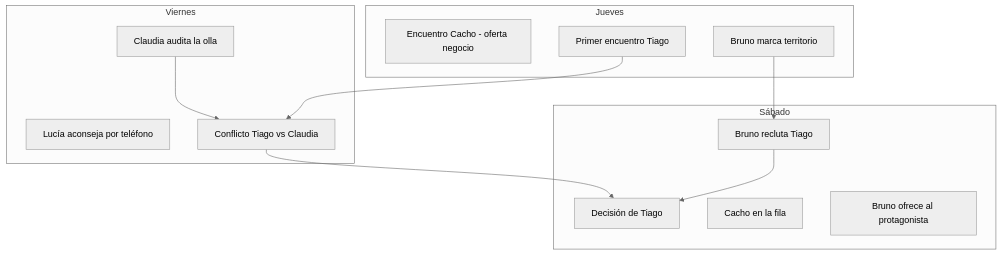
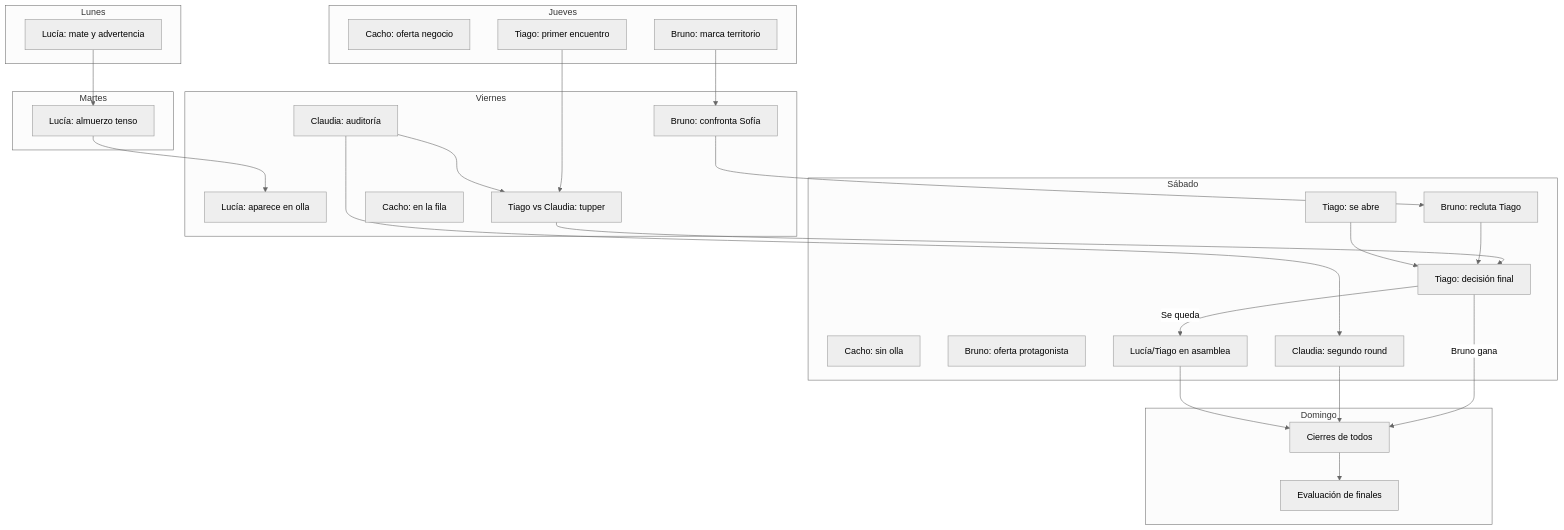
Before and after one commit to VicThor-wpp/un-dia-mas: the eighth of 15 diagrams in docs/design/flowcharts.md, drawn with Mermaid (neutral theme). The commit also changed other lines of this file and 17 other files, not shown here.

````diff
--- a/docs/design/flowcharts.md
+++ b/docs/design/flowcharts.md
@@ -437,27 +437,60 @@
 ```mermaid
 graph TD
+    subgraph Lunes
+        L_LUCIA[Lucía: mate y advertencia]
+    end
+
+    subgraph Martes
+        M_LUCIA[Lucía: almuerzo tenso]
+    end
+
     subgraph Jueves
-        J_CACHO[Encuentro Cacho - oferta negocio]
-        J_TIAGO[Primer encuentro Tiago]
-        J_BRUNO[Bruno marca territorio]
+        J_CACHO[Cacho: oferta negocio]
+        J_TIAGO[Tiago: primer encuentro]
+        J_BRUNO[Bruno: marca territorio]
     end
 
     subgraph Viernes
-        V_LUCIA[Lucía aconseja por teléfono]
-        V_CLAUDIA[Claudia audita la olla]
-        V_CONFLICT[Conflicto Tiago vs Claudia]
+        V_LUCIA[Lucía: aparece en olla]
+        V_CLAUDIA[Claudia: auditoría]
+        V_CONFLICT[Tiago vs Claudia: tupper]
+        V_BRUNO[Bruno: confronta Sofía]
+        V_CACHO[Cacho: en la fila]
     end
 
     subgraph Sábado
-        S_BRUNO[Bruno recluta Tiago]
-        S_DECISION[Decisión de Tiago]
-        S_CACHO[Cacho en la fila]
-        S_OFERTA[Bruno ofrece al protagonista]
+        S_TIAGO_ABRE[Tiago: se abre]
+        S_BRUNO_RECLUTA[Bruno: recluta Tiago]
+        S_DECISION[Tiago: decisión final]
+        S_CACHO[Cacho: sin olla]
+        S_OFERTA[Bruno: oferta protagonista]
+        S_CLAUDIA[Claudia: segundo round]
+        S_ASAMBLEA[Lucía/Tiago en asamblea]
     end
+
+    subgraph Domingo
+        D_CIERRES[Cierres de todos]
+        D_FINALES[Evaluación de finales]
+    end
+
+    L_LUCIA --> M_LUCIA
+    M_LUCIA --> V_LUCIA
 
     J_TIAGO --> V_CONFLICT
     V_CLAUDIA --> V_CONFLICT
     V_CONFLICT --> S_DECISION
-    J_BRUNO --> S_BRUNO
-    S_BRUNO --> S_DECISION
+
+    J_BRUNO --> V_BRUNO
+    V_BRUNO --> S_BRUNO_RECLUTA
+    S_BRUNO_RECLUTA --> S_DECISION
+
+    S_TIAGO_ABRE --> S_DECISION
+    S_DECISION -->|Se queda| S_ASAMBLEA
+    S_DECISION -->|Bruno gana| D_CIERRES
+
+    V_CLAUDIA --> S_CLAUDIA
+    S_CLAUDIA --> D_CIERRES
+
+    S_ASAMBLEA --> D_CIERRES
+    D_CIERRES --> D_FINALES
 ```
````
